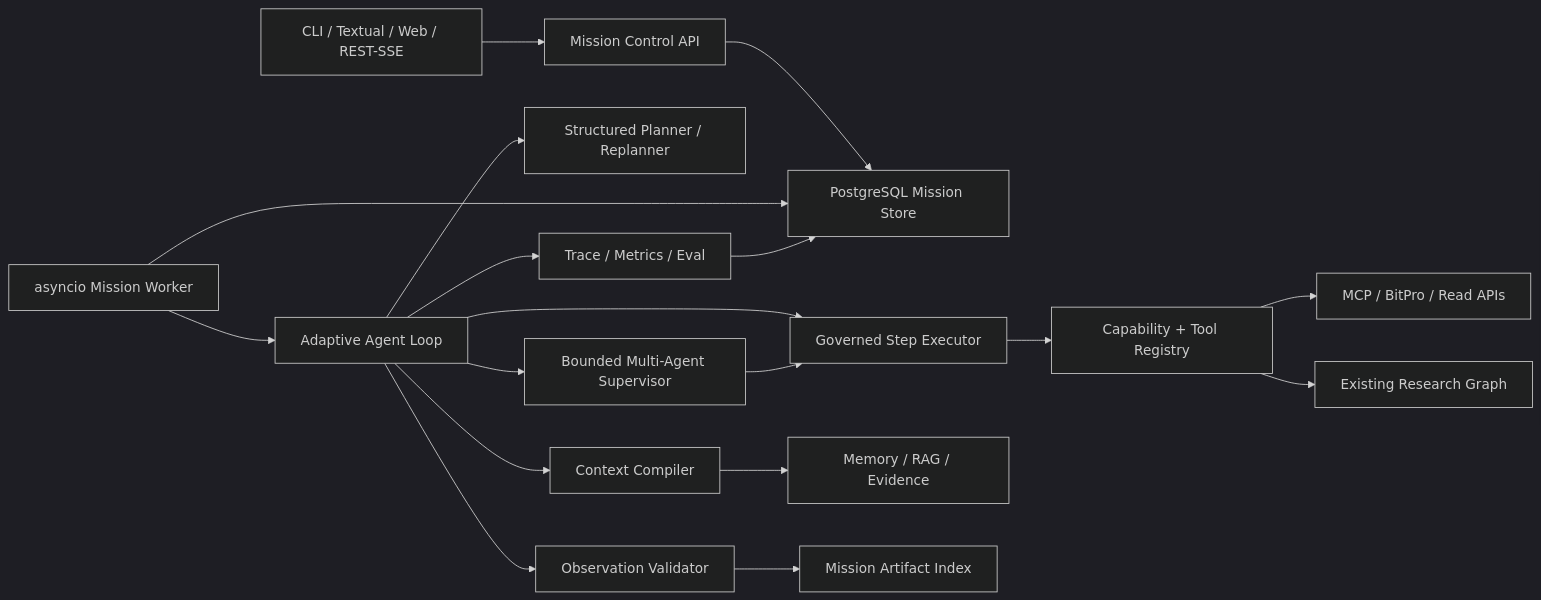
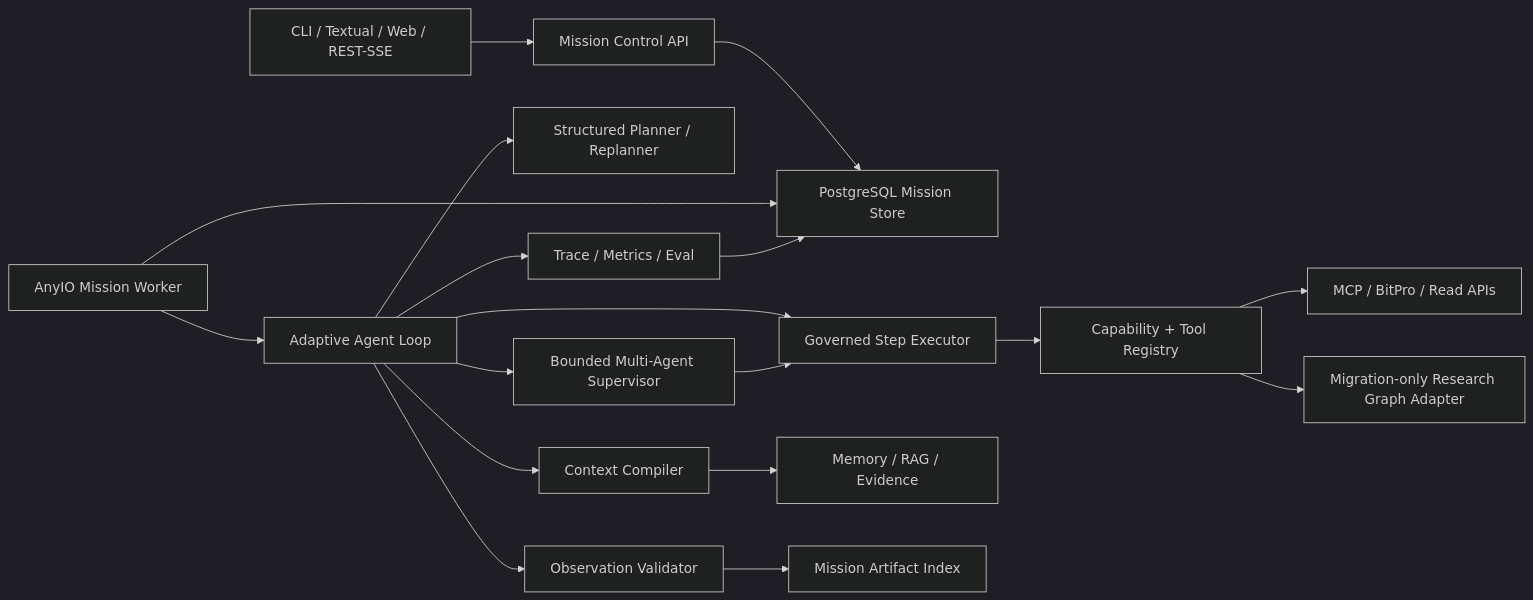
One commit to Shadowell/HyperTrade changed the second of 2 diagrams in docs/architecture/30-professional-agent-runtime-v2-roadmap.md. Above: the diagram before and after it, drawn with Mermaid (dark theme). The commit also changed other lines of this file and 3 other files, not shown here.

````diff
--- a/docs/architecture/30-professional-agent-runtime-v2-roadmap.md
+++ b/docs/architecture/30-professional-agent-runtime-v2-roadmap.md
@@ -85,20 +108,20 @@
 ```mermaid
 flowchart LR
   UI["CLI / Textual / Web / REST-SSE"] --> CONTROL["Mission Control API"]
   CONTROL --> STORE["PostgreSQL Mission Store"]
-  WORKER["asyncio Mission Worker"] --> STORE
+  WORKER["AnyIO Mission Worker"] --> STORE
   WORKER --> LOOP["Adaptive Agent Loop"]
   LOOP --> PLANNER["Structured Planner / Replanner"]
   LOOP --> CONTEXT["Context Compiler"]
   LOOP --> EXECUTOR["Governed Step Executor"]
   LOOP --> VALIDATOR["Observation Validator"]
   EXECUTOR --> REGISTRY["Capability + Tool Registry"]
   REGISTRY --> MCP["MCP / BitPro / Read APIs"]
-  REGISTRY --> GRAPH["Existing Research Graph"]
+  REGISTRY --> GRAPH["Migration-only Research Graph Adapter"]
   CONTEXT --> MEMORY["Memory / RAG / Evidence"]
   VALIDATOR --> ARTIFACT["Mission Artifact Index"]
   LOOP --> TEAM["Bounded Multi-Agent Supervisor"]
   TEAM --> EXECUTOR
   TELEMETRY["Trace / Metrics / Eval"] --> STORE
   LOOP --> TELEMETRY
 ```
````
